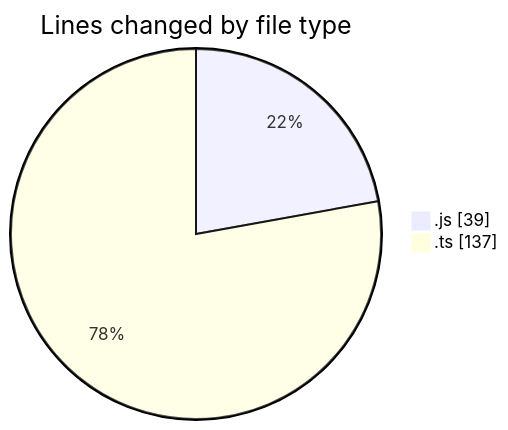
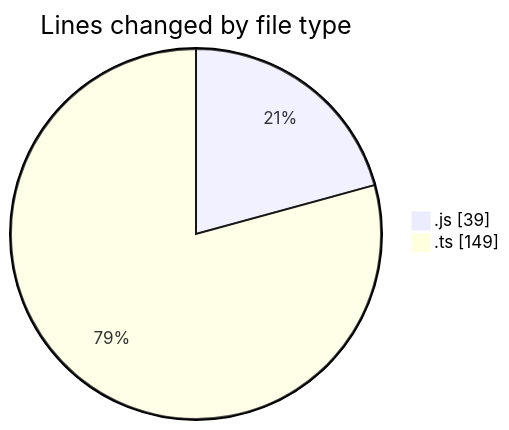
One commit to momahboobian/code-tracking changed the first of 2 diagrams in 2025-06-19/cda/README.md. Above: the diagram before and after it, drawn with Mermaid. The commit also changed other lines of this file and 1 other file, not shown here.

````diff
--- a/2025-06-19/cda/README.md
+++ b/2025-06-19/cda/README.md
@@ -22,6 +22,6 @@
 ```mermaid
 pie showData
 title Lines changed by file type
 ".js" : 39
-".ts" : 137
+".ts" : 149
 ```
````
